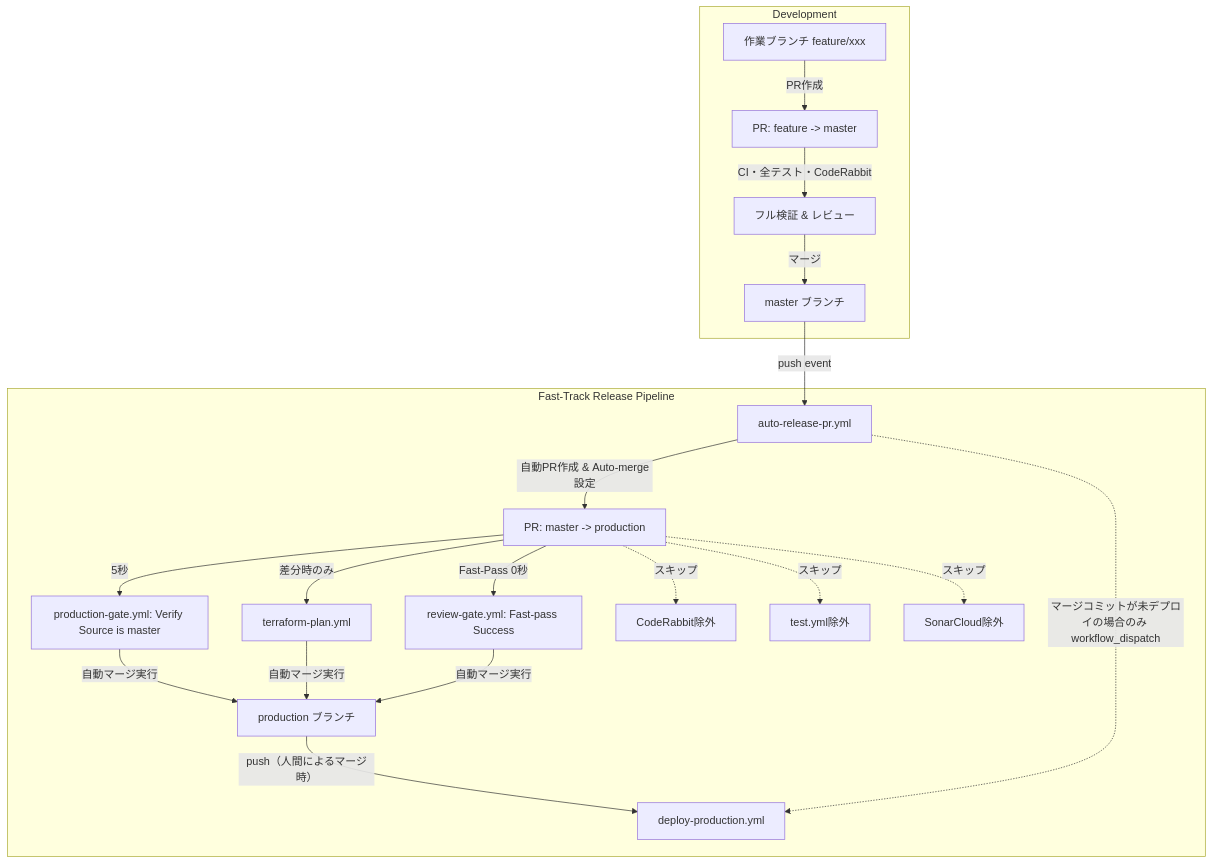
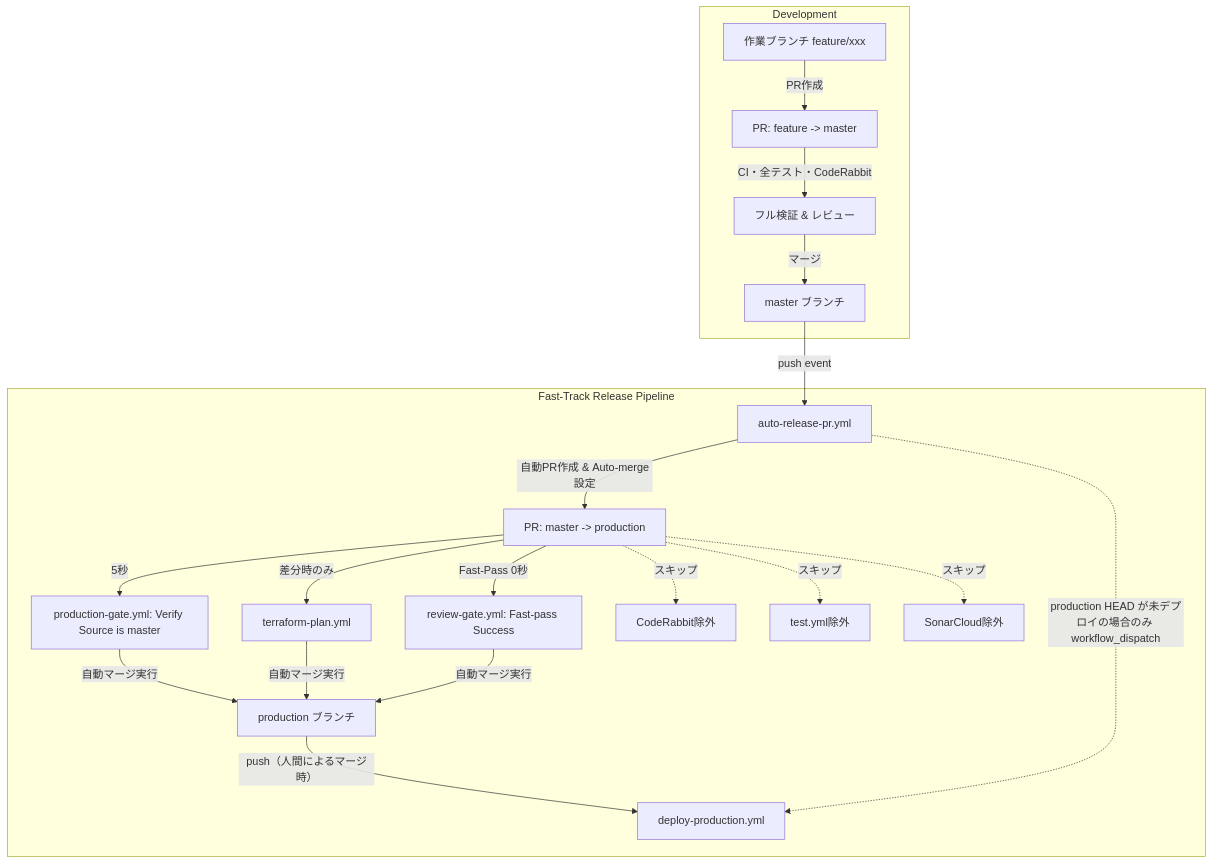
The diagram in docs/basic_design/prod_merge_ci_speedup.md (AnaharaYasuo/realestate_crawler), drawn with Mermaid before and after one commit. The commit also changed other lines of this file and 4 other files, not shown here.

First line of the commit message:
fix(#546): production HEAD の状態ベースでデプロイ保証を判定

````diff
--- a/docs/basic_design/prod_merge_ci_speedup.md
+++ b/docs/basic_design/prod_merge_ci_speedup.md
@@ -9,22 +9,22 @@
 ```mermaid
 flowchart TD
     subgraph Development
         FeatureBranch[作業ブランチ feature/xxx] -->|PR作成| MasterPR[PR: feature -> master]
         MasterPR -->|CI・全テスト・CodeRabbit| MasterReview[フル検証 & レビュー]
         MasterReview -->|マージ| Master[master ブランチ]
     end
 
     subgraph Fast-Track Release Pipeline
         Master -->|push event| AutoRelease[auto-release-pr.yml]
         AutoRelease -->|自動PR作成 & Auto-merge設定| ProdPR[PR: master -> production]
         ProdPR -->|5秒| ProdGate[production-gate.yml: Verify Source is master]
         ProdPR -->|差分時のみ| TFPlan[terraform-plan.yml]
         ProdPR -->|Fast-Pass 0秒| ReviewGate[review-gate.yml: Fast-pass Success]
         ProdPR -.->|スキップ| NoCodeRabbit[CodeRabbit除外]
         ProdPR -.->|スキップ| NoDuplicateTests[test.yml除外]
         ProdPR -.->|スキップ| NoSonar[SonarCloud除外]
         ProdGate & TFPlan & ReviewGate -->|自動マージ実行| ProdBranch[production ブランチ]
         ProdBranch -->|push（人間によるマージ時）| DeployProd[deploy-production.yml]
-        AutoRelease -.->|マージコミットが未デプロイの場合のみ workflow_dispatch| DeployProd
+        AutoRelease -.->|production HEAD が未デプロイの場合のみ workflow_dispatch| DeployProd
     end
 ```
````
